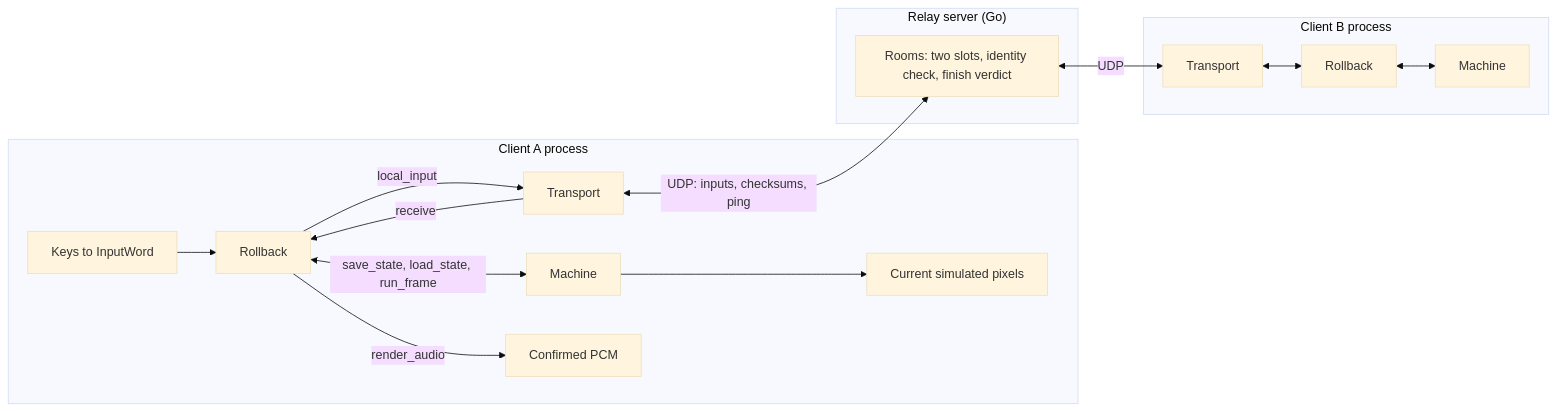
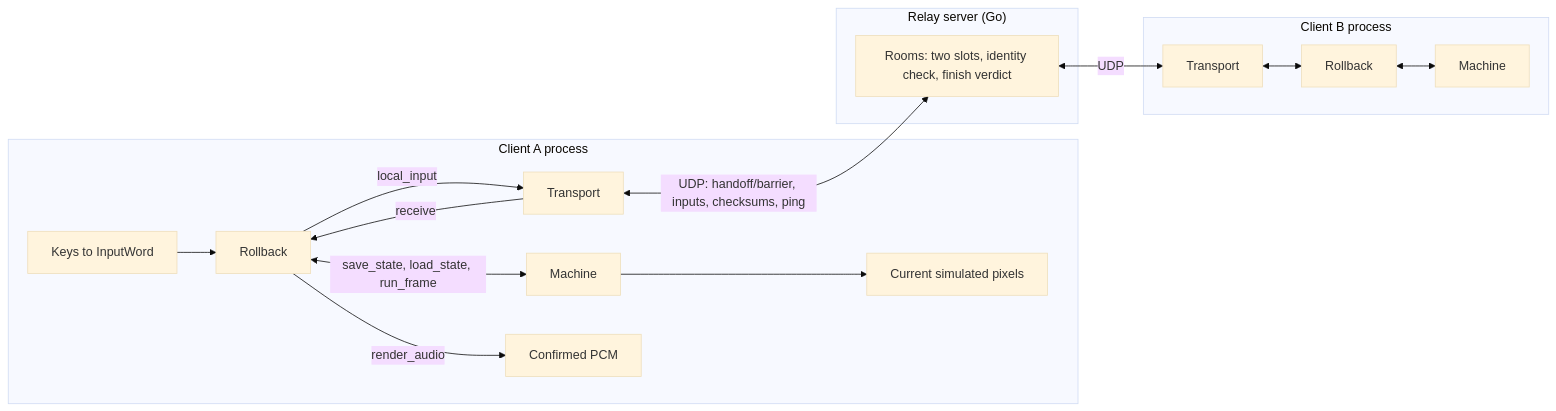
Before and after one commit to ansxor/f3-recomp: the fourth of 5 diagrams in docs/site/developer/architecture.md, drawn with Mermaid (base theme). The commit also changed other lines of this file and 100 other files, not shown here.

````diff
--- a/docs/site/developer/architecture.md
+++ b/docs/site/developer/architecture.md
@@ -360,29 +360,29 @@
 ```mermaid
 flowchart LR
     subgraph ClientA["Client A process"]
         KA["Keys to InputWord"]
         RA["Rollback"]
         MA["Machine"]
         TA["Transport"]
         OA["Confirmed PCM"]
         PX["Current simulated pixels"]
     end
     subgraph Relay["Relay server (Go)"]
         RS["Rooms: two slots, identity check, finish verdict"]
     end
     subgraph ClientB["Client B process"]
         TB["Transport"]
         RB["Rollback"]
         MB["Machine"]
     end
     KA --> RA
     RA -->|"local_input"| TA
     RA <-->|"save_state, load_state, run_frame"| MA
     RA -->|"render_audio"| OA
     MA --> PX
-    TA <-->|"UDP: inputs, checksums, ping"| RS
+    TA <-->|"UDP: handoff/barrier, inputs, checksums, ping"| RS
     RS <-->|"UDP"| TB
     TB <--> RB
     RB <--> MB
     TA -->|"receive"| RA
 ```
````
